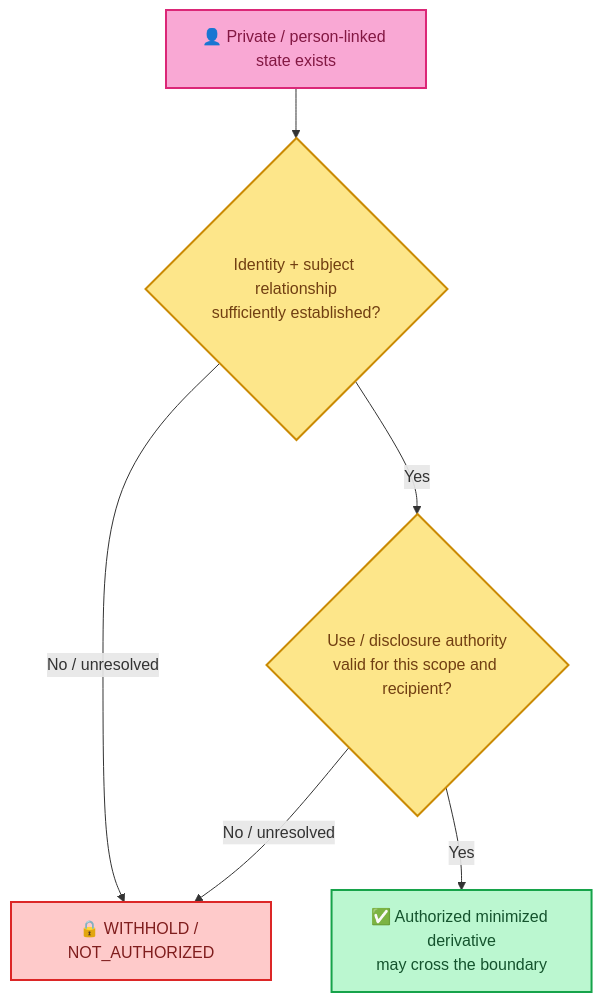
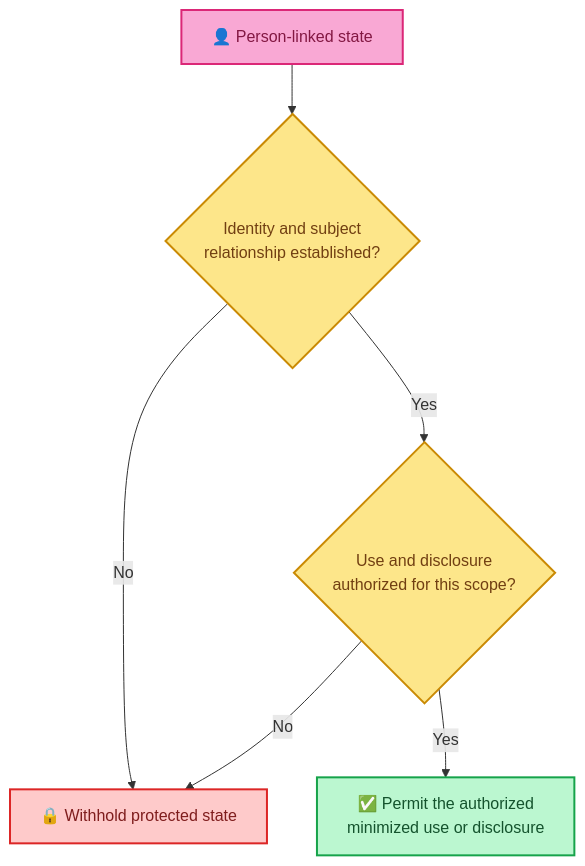
Before and after one commit to kiddstechnical/ALLIS-Artificial-Learning-and-Location-Intelligence-System: the sixth of 9 diagrams in CURRENT.md, drawn with Mermaid. The commit also changed other lines of this file, not shown here.

````diff
--- a/CURRENT.md
+++ b/CURRENT.md
@@ -489,19 +403,19 @@
 ```mermaid
 flowchart TD
-    A["👤 Private / person-linked state exists"]:::p
-    B{"Identity + subject relationship<br/>sufficiently established?"}:::q
-    C{"Use / disclosure authority<br/>valid for this scope and recipient?"}:::q
-    D["🔒 WITHHOLD / NOT_AUTHORIZED"]:::stop
-    E["✅ Authorized minimized derivative<br/>may cross the boundary"]:::go
+    A["👤 Person-linked state"]:::p
+    B{"Identity and subject<br/>relationship established?"}:::q
+    C{"Use and disclosure<br/>authorized for this scope?"}:::q
+    D["🔒 Withhold protected state"]:::stop
+    E["✅ Permit the authorized<br/>minimized use or disclosure"]:::go
 
     A --> B
-    B -- "No / unresolved" --> D
+    B -- "No" --> D
     B -- "Yes" --> C
-    C -- "No / unresolved" --> D
+    C -- "No" --> D
     C -- "Yes" --> E
 
     classDef p fill:#f9a8d4,stroke:#db2777,color:#831843,stroke-width:2px;
     classDef q fill:#fde68a,stroke:#ca8a04,color:#713f12,stroke-width:2px;
     classDef stop fill:#fecaca,stroke:#dc2626,color:#7f1d1d,stroke-width:2px;
     classDef go fill:#bbf7d0,stroke:#16a34a,color:#14532d,stroke-width:2px;
 ```
````
